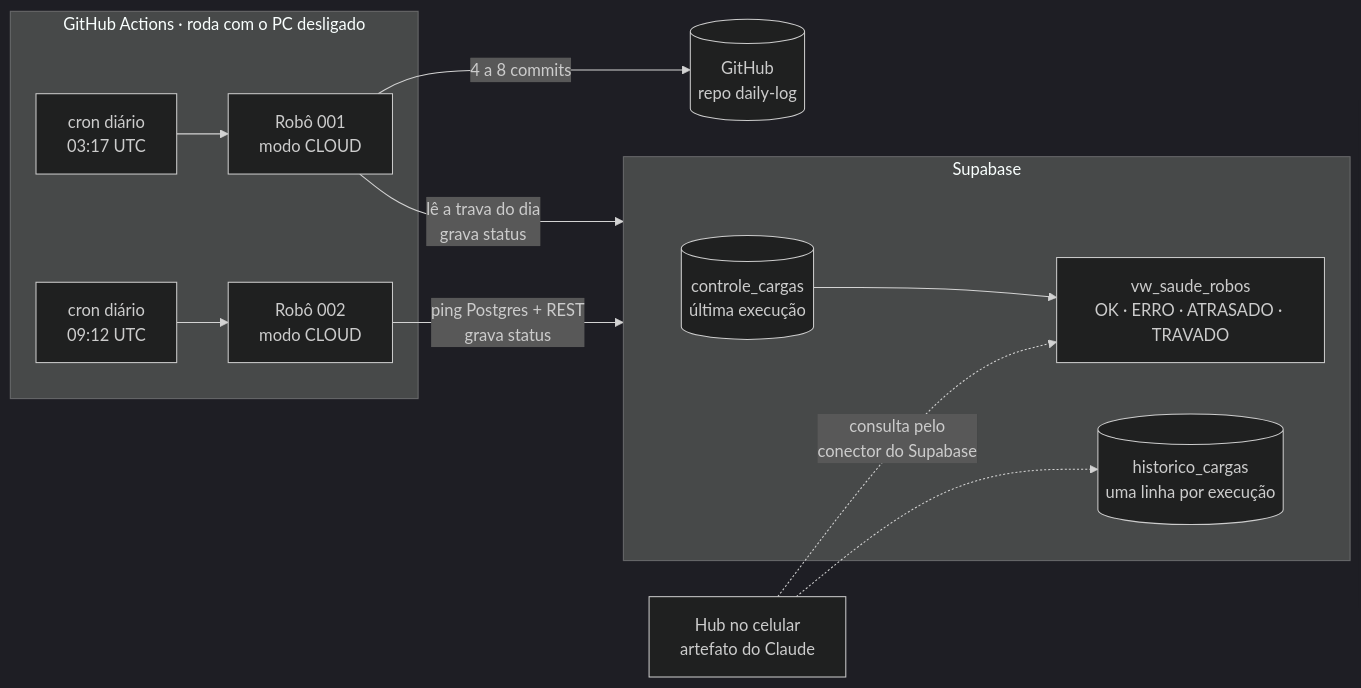
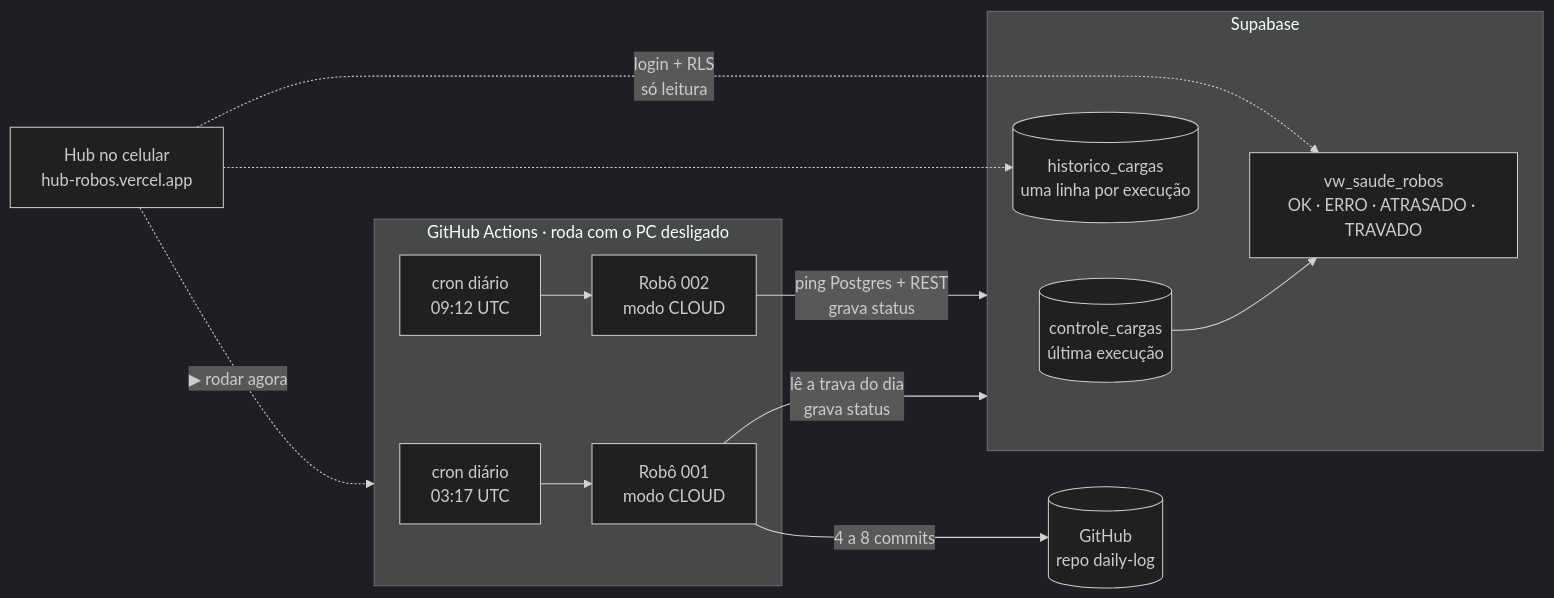
Before and after one commit to diegoscs/ambiente_dev: the first of 2 diagrams in README.md, drawn with Mermaid (dark theme). The commit also changed other lines of this file and 4 other files, not shown here.

First line of the commit message:
docs(hub): hub web na Vercel, seguranca e migration de acesso

````diff
--- a/README.md
+++ b/README.md
@@ -15,21 +15,22 @@
 ```mermaid
 flowchart LR
     subgraph GA["GitHub Actions · roda com o PC desligado"]
         C1["cron diário<br/>03:17 UTC"] --> R1["Robô 001<br/>modo CLOUD"]
         C2["cron diário<br/>09:12 UTC"] --> R2["Robô 002<br/>modo CLOUD"]
     end
 
     R1 -- "4 a 8 commits" --> DL[("GitHub<br/>repo daily-log")]
     R1 -- "lê a trava do dia<br/>grava status" --> SB
     R2 -- "ping Postgres + REST<br/>grava status" --> SB
 
     subgraph SB["Supabase"]
         CC[("controle_cargas<br/>última execução")]
         HC[("historico_cargas<br/>uma linha por execução")]
         VW["vw_saude_robos<br/>OK · ERRO · ATRASADO · TRAVADO"]
         CC --> VW
     end
 
-    HUB["Hub no celular<br/>artefato do Claude"] -. "consulta pelo<br/>conector do Supabase" .-> VW
+    HUB["Hub no celular<br/>hub-robos.vercel.app"] -. "login + RLS<br/>só leitura" .-> VW
     HUB -.-> HC
+    HUB -. "▶ rodar agora" .-> GA
 ```
````
